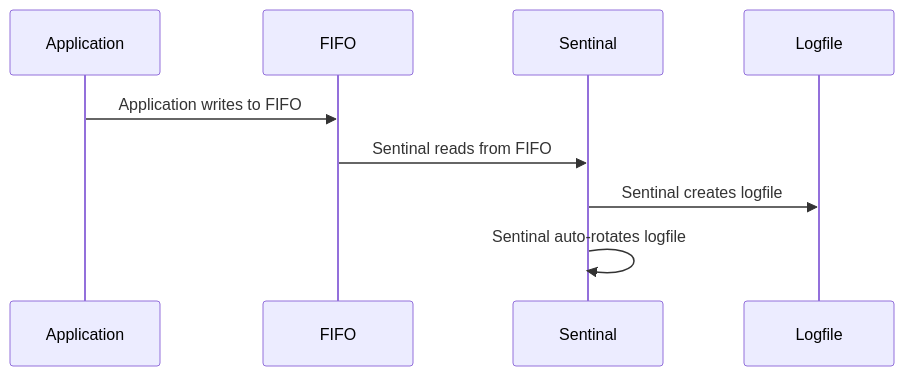
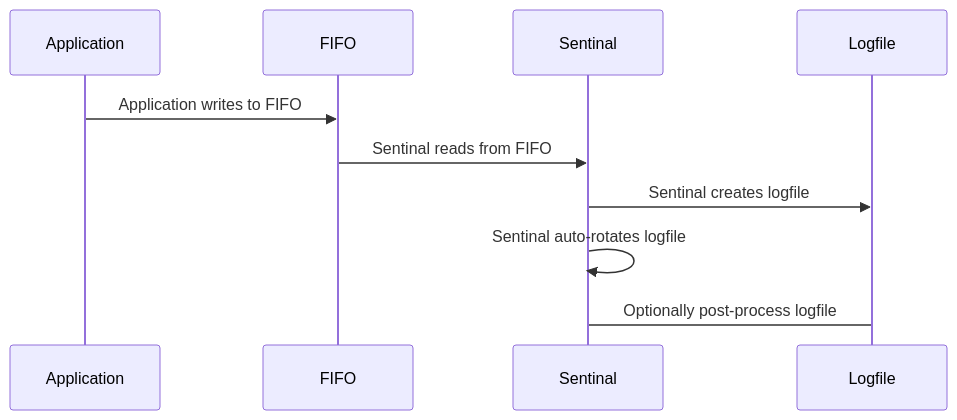
One commit to jjbailey/sentinal changed the diagram in README.md. Above: the diagram before and after it, drawn with Mermaid. The commit also changed other lines of this file, not shown here.

````diff
--- a/README.md
+++ b/README.md
@@ -196,11 +196,12 @@
 ```mermaid
 sequenceDiagram
     participant Application
     participant FIFO
     participant Sentinal
     participant Logfile
     Application->>FIFO: Application writes to FIFO
     FIFO->>Sentinal: Sentinal reads from FIFO
     Sentinal->>Logfile: Sentinal creates logfile
     Sentinal->>Sentinal: Sentinal auto-rotates logfile
+    Sentinal->Logfile: Optionally post-process logfile
 ```
````
